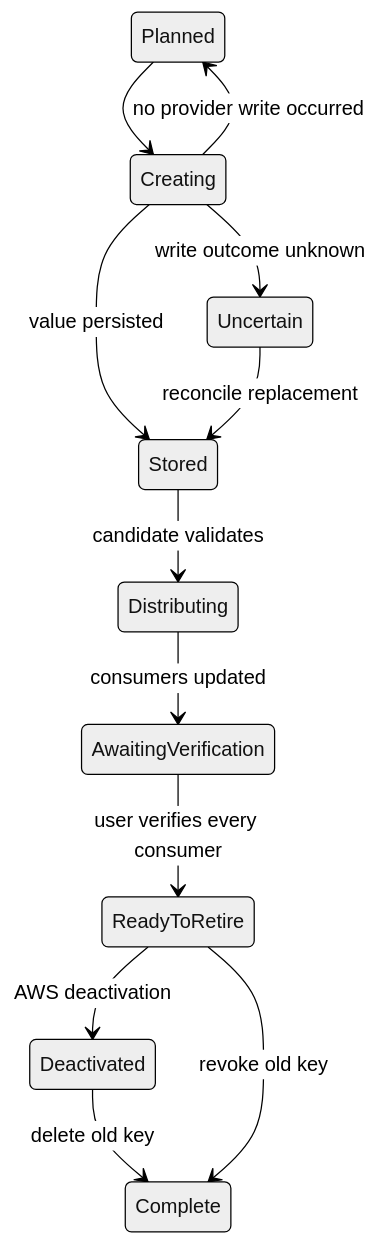
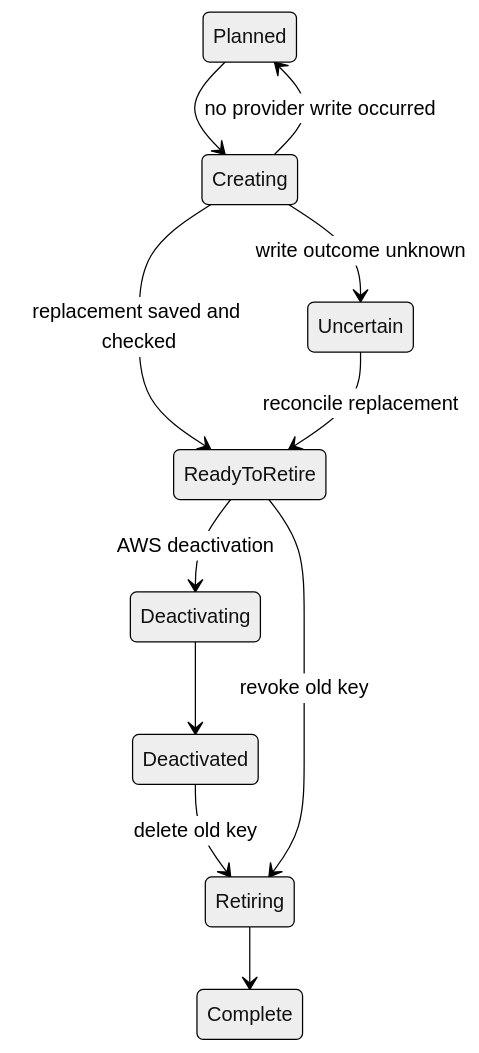
One commit to weilueluo/getkeys changed the second of 2 diagrams in docs/architecture.md. Above: the diagram before and after it, drawn with Mermaid (neutral theme). The commit also changed other lines of this file and 55 other files, not shown here.

First line of the commit message:
Key-oriented New key, group links, search vs filter; drop projects and consumers

````diff
--- a/docs/architecture.md
+++ b/docs/architecture.md
@@ -72,14 +77,13 @@
 ```mermaid
 stateDiagram-v2
   Planned --> Creating
-  Creating --> Stored: value persisted
+  Creating --> ReadyToRetire: replacement saved and checked
   Creating --> Planned: no provider write occurred
   Creating --> Uncertain: write outcome unknown
-  Uncertain --> Stored: reconcile replacement
-  Stored --> Distributing: candidate validates
-  Distributing --> AwaitingVerification: consumers updated
-  AwaitingVerification --> ReadyToRetire: user verifies every consumer
-  ReadyToRetire --> Deactivated: AWS deactivation
-  Deactivated --> Complete: delete old key
-  ReadyToRetire --> Complete: revoke old key
+  Uncertain --> ReadyToRetire: reconcile replacement
+  ReadyToRetire --> Deactivating: AWS deactivation
+  Deactivating --> Deactivated
+  Deactivated --> Retiring: delete old key
+  ReadyToRetire --> Retiring: revoke old key
+  Retiring --> Complete
 ```
````
